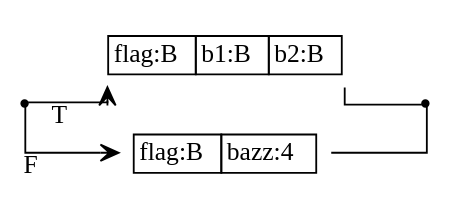
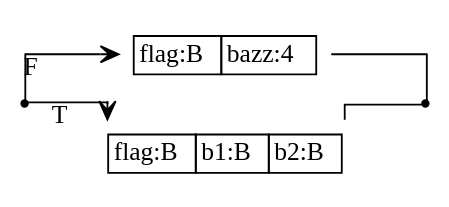
Before and after one commit to sireum/bitcodec-examples: the diagram in src/predunion/simple/predunion-simple-spec.dot, drawn with Graphviz. The commit also changed 4 other files, not shown here.

```diff
--- a/src/predunion/simple/predunion-simple-spec.dot
+++ b/src/predunion/simple/predunion-simple-spec.dot
@@ -1,24 +1,24 @@
 digraph G {
   rankdir = LR;
   graph [splines=ortho];
   node [shape=plaintext];
   edge [arrowhead=vee];
 
   n0 [shape=point];
   n1 [label=<
+    <TABLE BORDER="0" CELLBORDER="1" CELLSPACING="0" TOOLTIP="Foo.bazz" HREF="#">
+      <TR><TD>flag:B</TD><TD>bazz:4</TD></TR>
+    </TABLE>
+  >];
+  n2 [label=<
     <TABLE BORDER="0" CELLBORDER="1" CELLSPACING="0" TOOLTIP="Foo.baz" HREF="#">
       <TR><TD>flag:B</TD><TD>b1:B</TD><TD>b2:B</TD></TR>
     </TABLE>
   >];
-  n2 [label=<
-    <TABLE BORDER="0" CELLBORDER="1" CELLSPACING="0" TOOLTIP="Foo.bazz" HREF="#">
-      <TR><TD>flag:B</TD><TD>bazz:4</TD></TR>
-    </TABLE>
-  >];
   n3 [shape=point];
 
-  n0 -> n1 [xlabel="T"];
-  n0 -> n2 [xlabel="F"];
+  n0 -> n1 [xlabel="F"];
+  n0 -> n2 [xlabel="T"];
+  n1 -> n3 [arrowhead=none];
   n2 -> n3 [arrowhead=none];
-  n1 -> n3 [arrowhead=none];
 }
```
